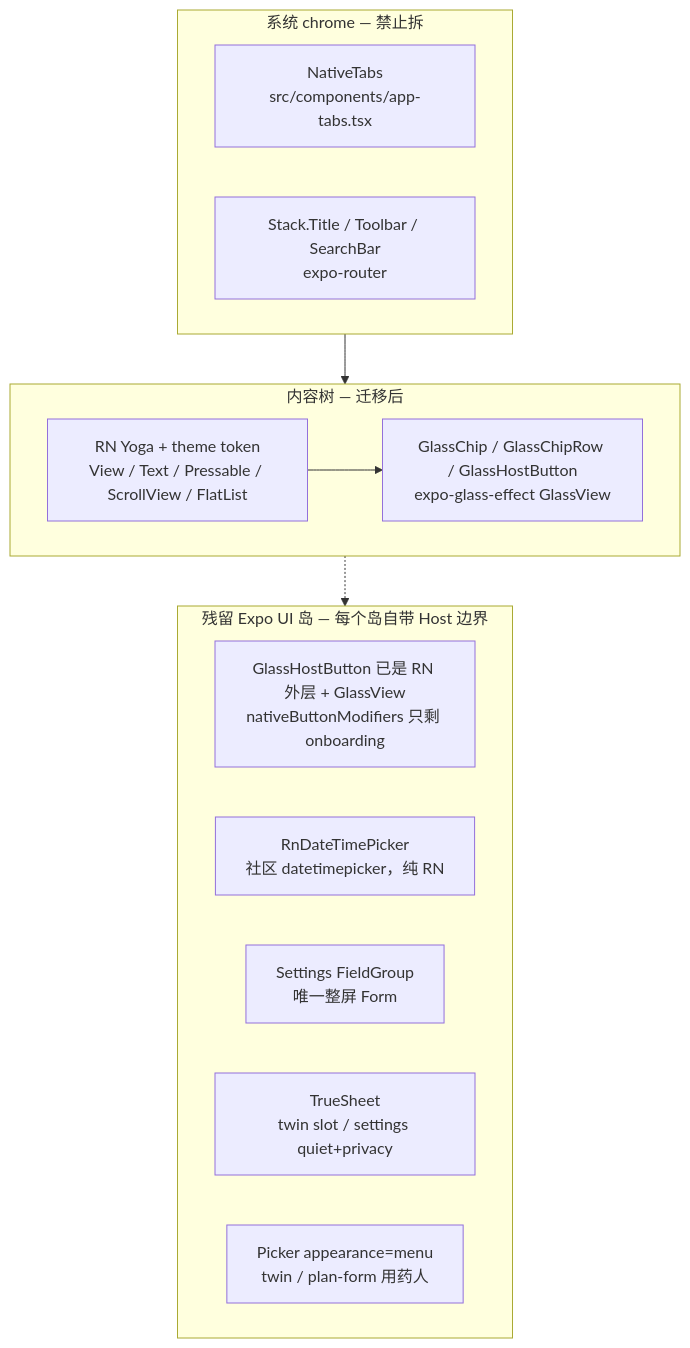
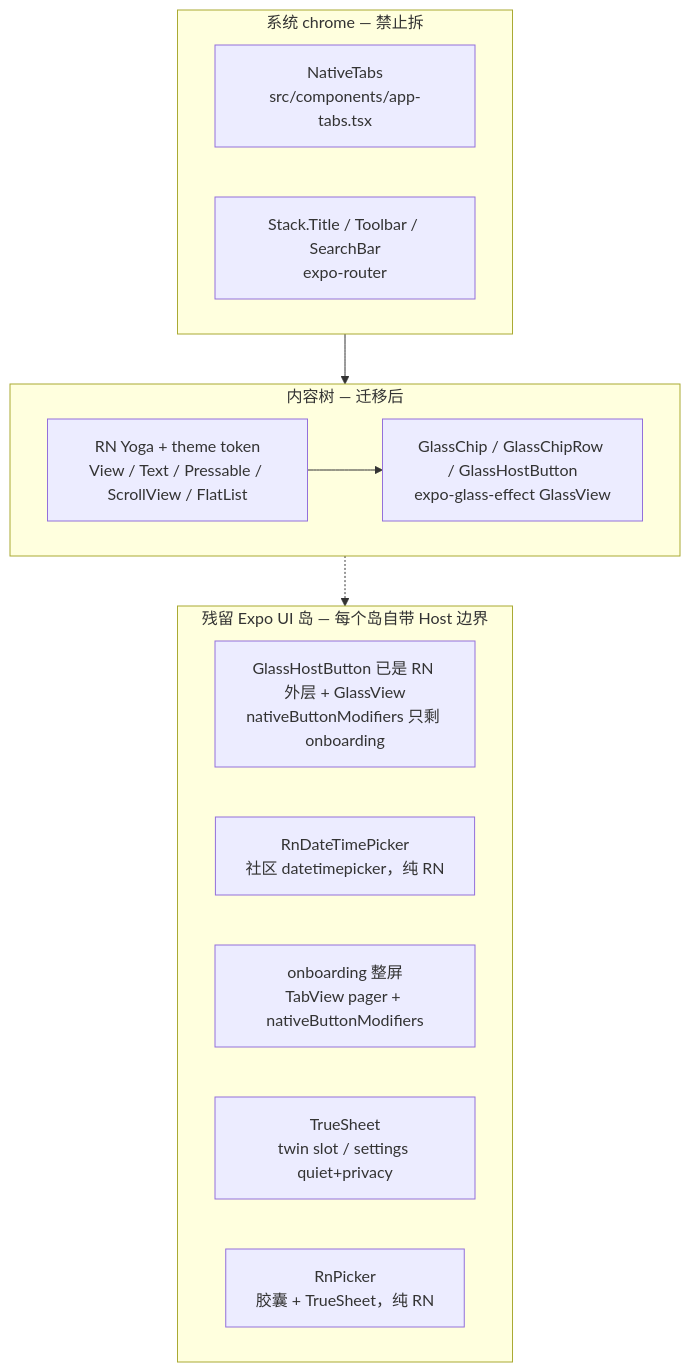
One commit to youngxhui/RememberYao changed the first of 2 diagrams in app/docs/plans/迁移计划.md. Above: the diagram before and after it, drawn with Mermaid. The commit also changed other lines of this file and 10 other files, not shown here.

````diff
--- a/app/docs/plans/迁移计划.md
+++ b/app/docs/plans/迁移计划.md
@@ -103,24 +103,24 @@
 ```mermaid
 flowchart TB
   subgraph chrome [系统 chrome — 禁止拆]
     NT[NativeTabs<br/>src/components/app-tabs.tsx]
     ST[Stack.Title / Toolbar / SearchBar<br/>expo-router]
   end
 
   subgraph content [内容树 — 迁移后]
     RN[RN Yoga + theme token<br/>View / Text / Pressable / ScrollView / FlatList]
     GC[GlassChip / GlassChipRow / GlassHostButton<br/>expo-glass-effect GlassView]
     RN --> GC
   end
 
   subgraph islands [残留 Expo UI 岛 — 每个岛自带 Host 边界]
     GB[GlassHostButton 已是 RN 外层 + GlassView<br/>nativeButtonModifiers 只剩 onboarding]
     DP[RnDateTimePicker<br/>社区 datetimepicker，纯 RN]
-    FG[Settings FieldGroup<br/>唯一整屏 Form]
+    OB[onboarding 整屏<br/>TabView pager + nativeButtonModifiers]
     TS[TrueSheet<br/>twin slot / settings quiet+privacy]
-    PK[Picker appearance=menu<br/>twin / plan-form 用药人]
+    PK[RnPicker<br/>胶囊 + TrueSheet，纯 RN]
   end
 
   chrome --> content
   content -.-> islands
 ```
````
